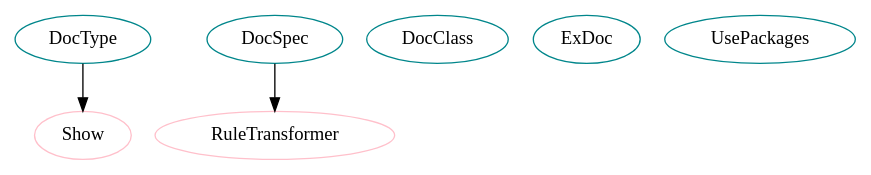
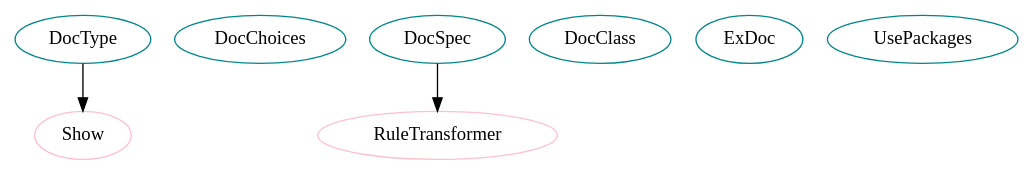
Before and after one commit to Ant13731/Drasil: the diagram in analysis/ClassInstDep/packagegraphs/gen.dot, drawn with Graphviz. The commit also changed 1784 other files, not shown here.

```diff
--- a/analysis/ClassInstDep/packagegraphs/gen.dot
+++ b/analysis/ClassInstDep/packagegraphs/gen.dot
@@ -1,11 +1,12 @@
 digraph gen{
 DocType	[shape=oval, color=turquoise4, label="DocType"];
+DocChoices	[shape=oval, color=turquoise4, label="DocChoices"];
 DocSpec	[shape=oval, color=turquoise4, label="DocSpec"];
 DocClass	[shape=oval, color=turquoise4, label="DocClass"];
 ExDoc	[shape=oval, color=turquoise4, label="ExDoc"];
 UsePackages	[shape=oval, color=turquoise4, label="UsePackages"];
 RuleTransformer	[shape=oval, color=pink, label="RuleTransformer"];
 Show	[shape=oval, color=pink, label="Show"];
 DocSpec -> RuleTransformer;
 DocType -> Show;
 }
```
